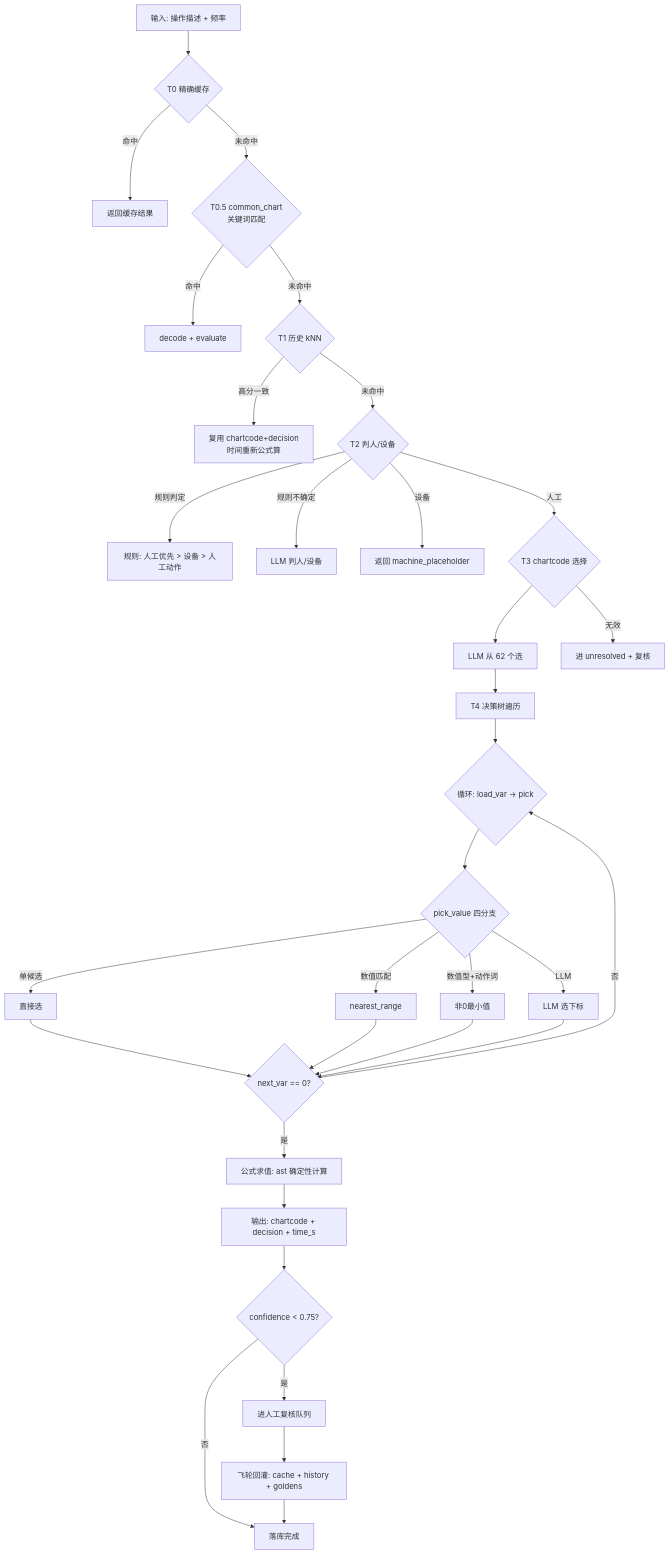
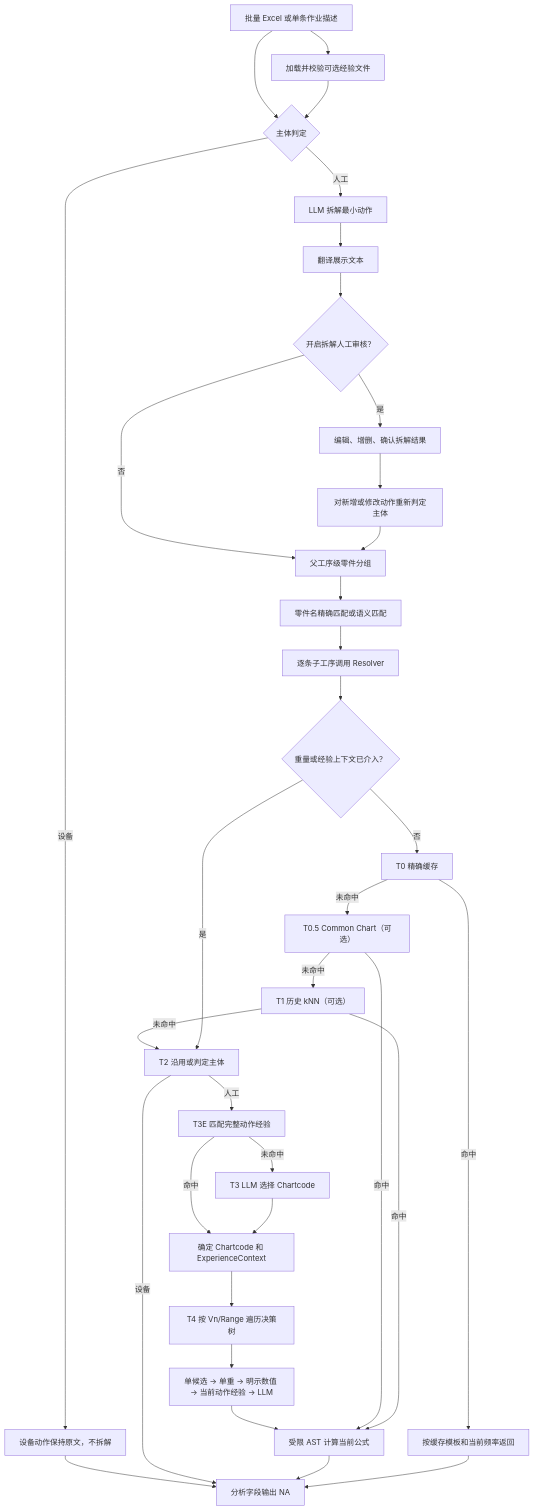
The diagram in 全链路决策逻辑.md (yswang24/STDS), drawn with Mermaid before and after one commit. The commit also changed other lines of this file and 27 other files, not shown here.

````diff
--- a/全链路决策逻辑.md
+++ b/全链路决策逻辑.md
@@ -247,35 +109,41 @@
 ```mermaid
 flowchart TD
-    INPUT[输入: 操作描述 + 频率] --> T0{T0 精确缓存}
-    T0 -->|命中| RETURN[返回缓存结果]
-    T0 -->|未命中| T05{T0.5 common_chart<br/>关键词匹配}
-    T05 -->|命中| DECODE1[decode + evaluate]
-    T05 -->|未命中| T1{T1 历史 kNN}
-    T1 -->|高分一致| DECODE2[复用 chartcode+decision<br/>时间重新公式算]
-    T1 -->|未命中| T2{T2 判人/设备}
-    T2 -->|规则判定| RULE[规则: 人工优先 > 设备 > 人工动作]
-    T2 -->|规则不确定| LLM1[LLM 判人/设备]
-    T2 -->|设备| MACHINE[返回 machine_placeholder]
-    T2 -->|人工| T3{T3 chartcode 选择}
-    T3 --> LLM2[LLM 从 62 个选]
-    T3 -->|无效| UNRESOLVED[进 unresolved + 复核]
-    LLM2 --> T4[T4 决策树遍历]
-    T4 --> LOOP{循环: load_var → pick}
-    LOOP --> PICK{pick_value 四分支}
-    PICK -->|单候选| P1[直接选]
-    PICK -->|数值匹配| P2[nearest_range]
-    PICK -->|数值型+动作词| P3[非0最小值]
-    PICK -->|LLM| P4[LLM 选下标]
-    P1 --> NEXT{next_var == 0?}
-    P2 --> NEXT
-    P3 --> NEXT
-    P4 --> NEXT
-    NEXT -->|否| LOOP
-    NEXT -->|是| EVAL[公式求值: ast 确定性计算]
-    EVAL --> RESULT[输出: chartcode + decision + time_s]
-    RESULT --> CONF{confidence < 0.75?}
-    CONF -->|是| REVIEW[进人工复核队列]
-    CONF -->|否| DONE[落库完成]
-    REVIEW --> FLYWHEEL[飞轮回灌: cache + history + goldens]
-    FLYWHEEL --> DONE
+    INPUT["批量 Excel 或单条作业描述"] --> EXP["加载并校验可选经验文件"]
+    INPUT --> CLASSIFY{"主体判定"}
+    EXP --> CLASSIFY
+
+    CLASSIFY -->|设备| MACHINE["设备动作保持原文，不拆解"]
+    CLASSIFY -->|人工| SPLIT["LLM 拆解最小动作"]
+    SPLIT --> TRANSLATE["翻译展示文本"]
+    TRANSLATE --> REVIEW{"开启拆解人工审核？"}
+    REVIEW -->|是| EDIT["编辑、增删、确认拆解结果"]
+    REVIEW -->|否| GROUP["父工序级零件分组"]
+    EDIT --> RECLASSIFY["对新增或修改动作重新判定主体"]
+    RECLASSIFY --> GROUP
+
+    GROUP --> PARTMATCH["零件名精确匹配或语义匹配"]
+    PARTMATCH --> CHILD["逐条子工序调用 Resolver"]
+    MACHINE --> OUTPUT["分析字段输出 NA"]
+
+    CHILD --> SCOPE{"重量或经验上下文已介入？"}
+    SCOPE -->|否| T0["T0 精确缓存"]
+    T0 -->|未命中| T05["T0.5 Common Chart（可选）"]
+    T05 -->|未命中| T1["T1 历史 kNN（可选）"]
+    T1 -->|未命中| T2["T2 沿用或判定主体"]
+    SCOPE -->|是| T2
+
+    T2 -->|设备| OUTPUT
+    T2 -->|人工| T3E["T3E 匹配完整动作经验"]
+    T3E -->|命中| CHART["确定 Chartcode 和 ExperienceContext"]
+    T3E -->|未命中| T3["T3 LLM 选择 Chartcode"]
+    T3 --> CHART
+
+    CHART --> T4["T4 按 Vn/Range 遍历决策树"]
+    T4 --> PICK["单候选 → 单重 → 明示数值 → 当前动作经验 → LLM"]
+    PICK --> EVAL["受限 AST 计算当前公式"]
+    T0 -->|命中| EVALCACHE["按缓存模板和当前频率返回"]
+    T05 -->|命中| EVAL
+    T1 -->|命中| EVAL
+    EVAL --> OUTPUT
+    EVALCACHE --> OUTPUT
 ```
````
